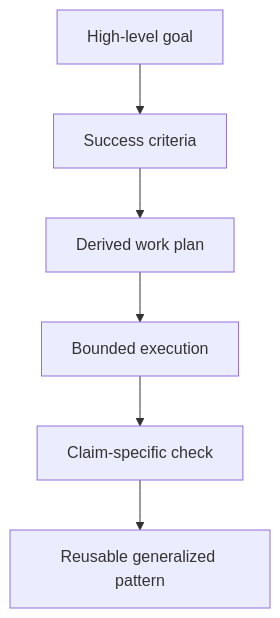
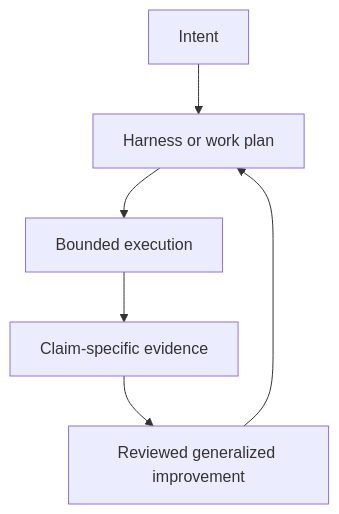
One commit to jremick/codexmaxxing changed the third of 3 diagrams in docs/example-work-patterns.md. Above: the diagram before and after it, drawn with Mermaid. The commit also changed other lines of this file and 26 other files, not shown here.

````diff
--- a/docs/example-work-patterns.md
+++ b/docs/example-work-patterns.md
@@ -67,8 +90,8 @@
 ```mermaid
 flowchart TD
-  A["High-level goal"] --> B["Success criteria"]
-  B --> C["Derived work plan"]
-  C --> D["Bounded execution"]
-  D --> E["Claim-specific check"]
-  E --> F["Reusable generalized pattern"]
+  A["Intent"] --> B["Harness or work plan"]
+  B --> C["Bounded execution"]
+  C --> D["Claim-specific evidence"]
+  D --> E["Reviewed generalized improvement"]
+  E --> B
 ```
````
